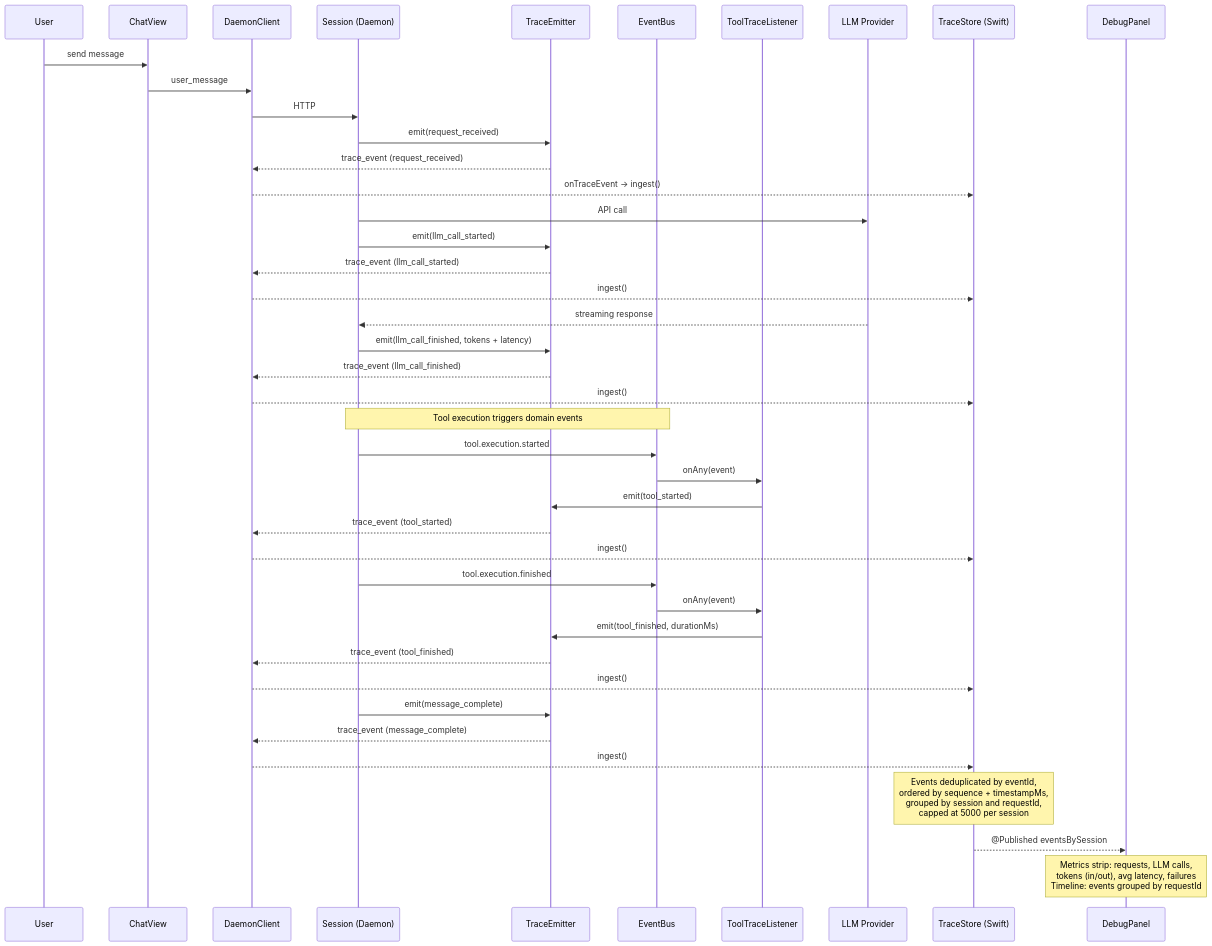
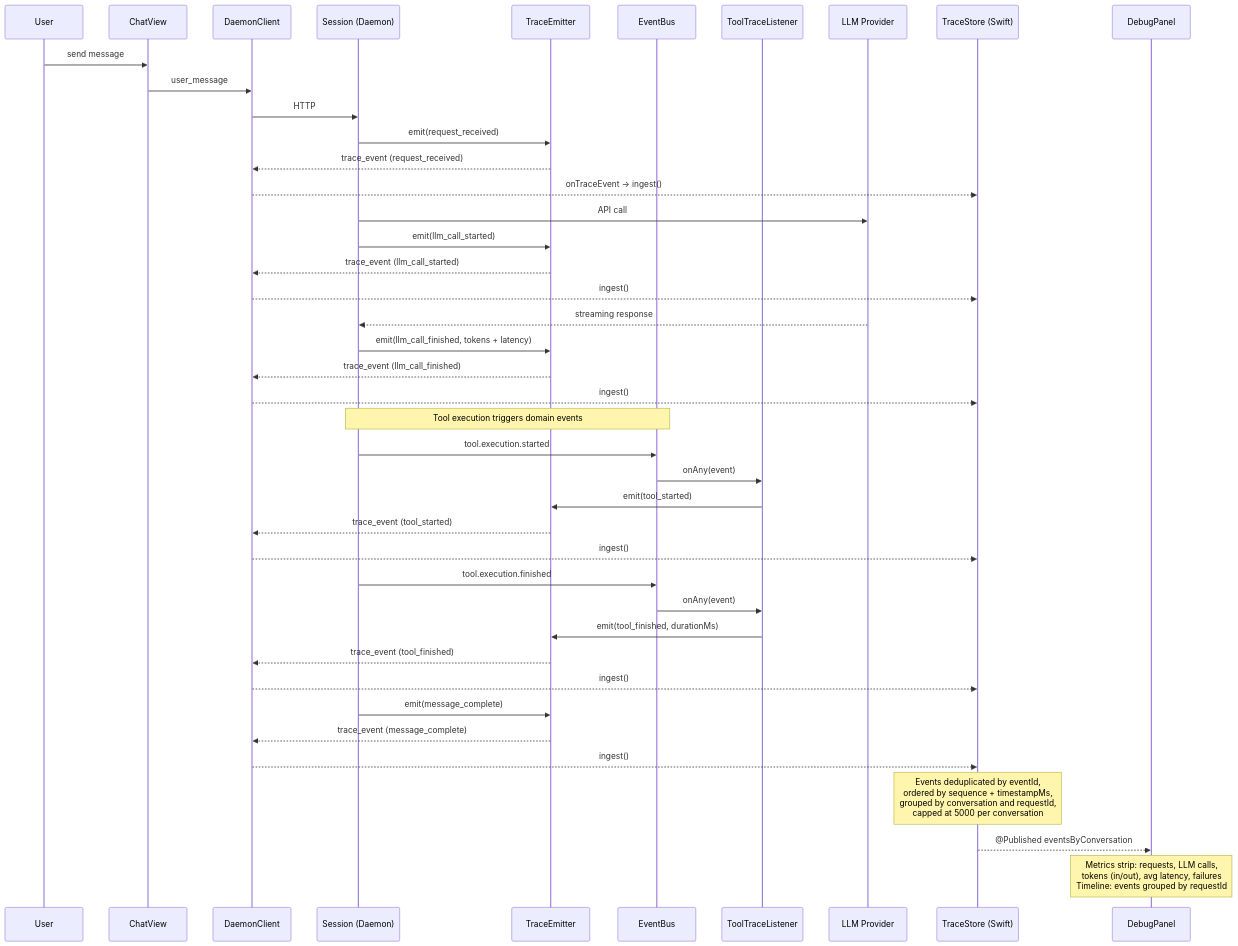
Before and after one commit to vellum-ai/vellum-assistant: diagram 16 of 17 in assistant/ARCHITECTURE.md, drawn with Mermaid. The commit also changed other lines of this file, not shown here.

Commit message:
fix: complete session->conversation terminology migration in ARCHITECTURE.md diagrams

````diff
--- a/assistant/ARCHITECTURE.md
+++ b/assistant/ARCHITECTURE.md
@@ -1590,54 +1590,54 @@
 ```mermaid
 sequenceDiagram
     participant User
     participant Chat as ChatView
     participant DC as DaemonClient
     participant Daemon as Session (Daemon)
     participant TE as TraceEmitter
     participant EB as EventBus
     participant TTL as ToolTraceListener
     participant LLM as LLM Provider
     participant TS as TraceStore (Swift)
     participant DP as DebugPanel
 
     User->>Chat: send message
     Chat->>DC: user_message
     DC->>Daemon: HTTP
 
     Daemon->>TE: emit(request_received)
     TE-->>DC: trace_event (request_received)
     DC-->>TS: onTraceEvent → ingest()
 
     Daemon->>LLM: API call
     Daemon->>TE: emit(llm_call_started)
     TE-->>DC: trace_event (llm_call_started)
     DC-->>TS: ingest()
 
     LLM-->>Daemon: streaming response
     Daemon->>TE: emit(llm_call_finished, tokens + latency)
     TE-->>DC: trace_event (llm_call_finished)
     DC-->>TS: ingest()
 
     Note over Daemon,EB: Tool execution triggers domain events
 
     Daemon->>EB: tool.execution.started
     EB->>TTL: onAny(event)
     TTL->>TE: emit(tool_started)
     TE-->>DC: trace_event (tool_started)
     DC-->>TS: ingest()
 
     Daemon->>EB: tool.execution.finished
     EB->>TTL: onAny(event)
     TTL->>TE: emit(tool_finished, durationMs)
     TE-->>DC: trace_event (tool_finished)
     DC-->>TS: ingest()
 
     Daemon->>TE: emit(message_complete)
     TE-->>DC: trace_event (message_complete)
     DC-->>TS: ingest()
 
-    Note over TS: Events deduplicated by eventId,<br/>ordered by sequence + timestampMs,<br/>grouped by session and requestId,<br/>capped at 5000 per session
+    Note over TS: Events deduplicated by eventId,<br/>ordered by sequence + timestampMs,<br/>grouped by conversation and requestId,<br/>capped at 5000 per conversation
 
-    TS-->>DP: @Published eventsBySession
+    TS-->>DP: @Published eventsByConversation
     Note over DP: Metrics strip: requests, LLM calls,<br/>tokens (in/out), avg latency, failures<br/>Timeline: events grouped by requestId
 ```
````
